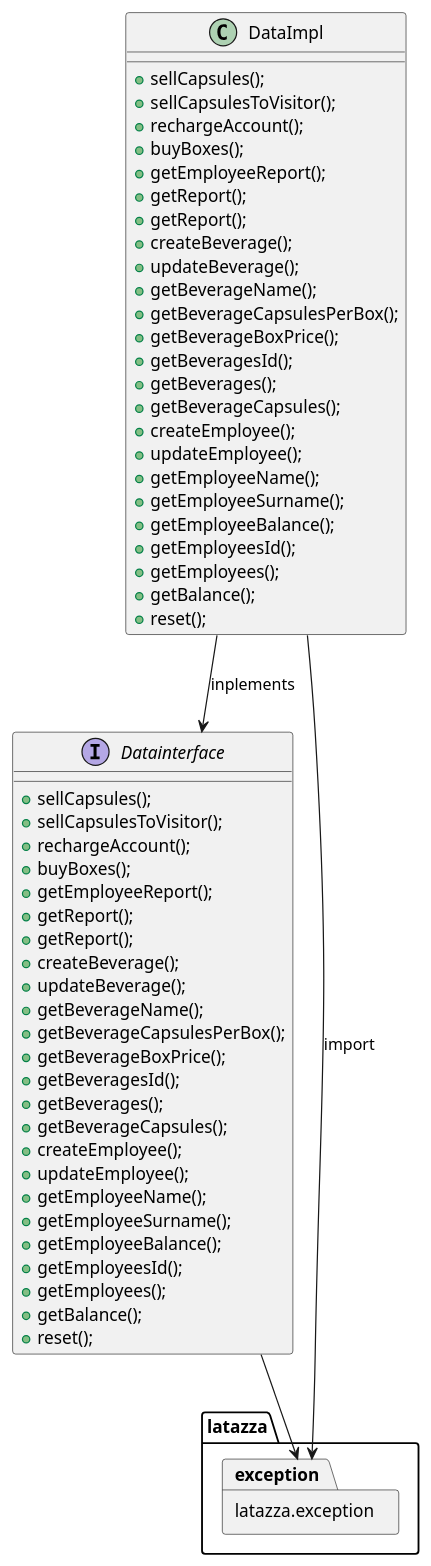
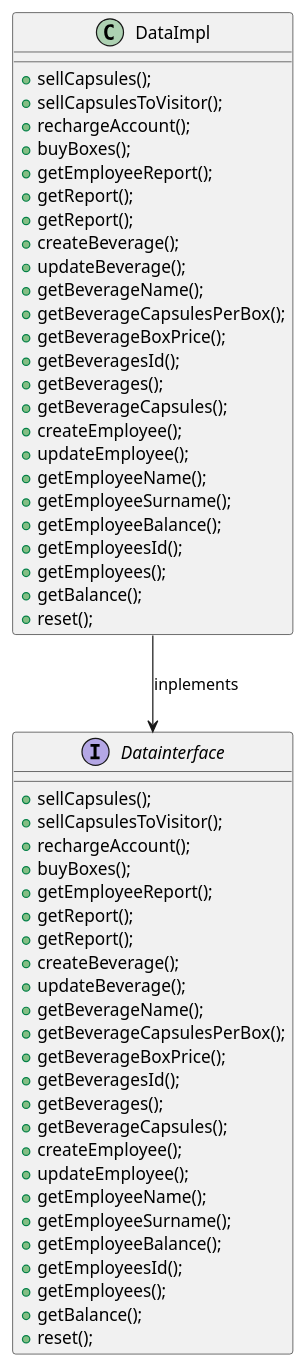
Before and after one commit to salvatore-dimartino/LaTazza: the fourth of 7 diagrams in templates/DesignDocumentTemplate.md, drawn with PlantUML.

````diff
--- a/templates/DesignDocumentTemplate.md
+++ b/templates/DesignDocumentTemplate.md
@@ -113,66 +113,63 @@
 ```plantuml
 @startuml
 allowmixing
-package latazza.exception
 
 interface Datainterface {
     +sellCapsules();
     +sellCapsulesToVisitor();
     +rechargeAccount();
     +buyBoxes();
     +getEmployeeReport();
     +getReport();
     +getReport();
     +createBeverage();
     +updateBeverage();
     +getBeverageName();
     +getBeverageCapsulesPerBox();
     +getBeverageBoxPrice();
     +getBeveragesId();
     +getBeverages();
     +getBeverageCapsules();
     +createEmployee();
     +updateEmployee();
     +getEmployeeName();
     +getEmployeeSurname();
     +getEmployeeBalance();
     +getEmployeesId();
     +getEmployees();
     +getBalance();
     +reset();
 }
 
 class DataImpl {
     +sellCapsules();
     +sellCapsulesToVisitor();
     +rechargeAccount();
     +buyBoxes();
     +getEmployeeReport();
     +getReport();
     +getReport();
     +createBeverage();
     +updateBeverage();
     +getBeverageName();
     +getBeverageCapsulesPerBox();
     +getBeverageBoxPrice();
     +getBeveragesId();
     +getBeverages();
     +getBeverageCapsules();
     +createEmployee();
     +updateEmployee();
     +getEmployeeName();
     +getEmployeeSurname();
     +getEmployeeBalance();
     +getEmployeesId();
     +getEmployees();
     +getBalance();
     +reset();
 }
 
 DataImpl --> Datainterface: inplements
-DataImpl --> latazza.exception: import
-Datainterface --> latazza.exception
 
 
 @enduml
 ```
````
